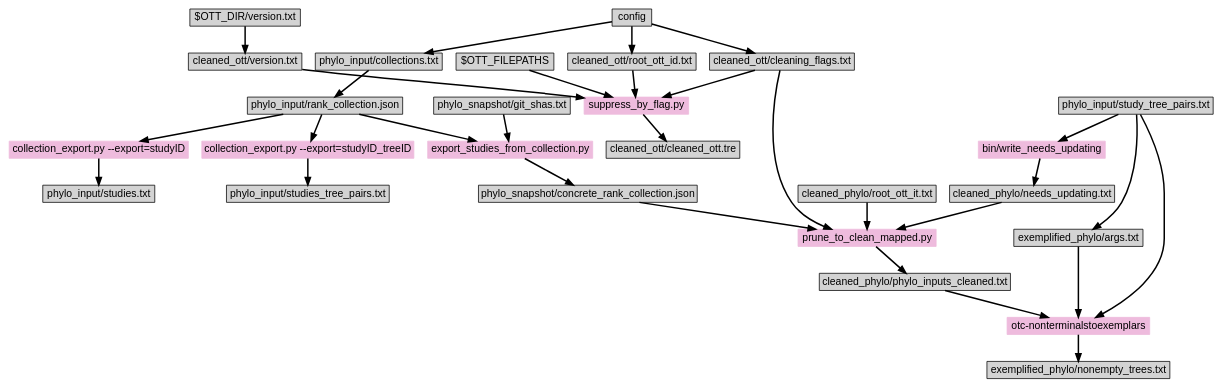
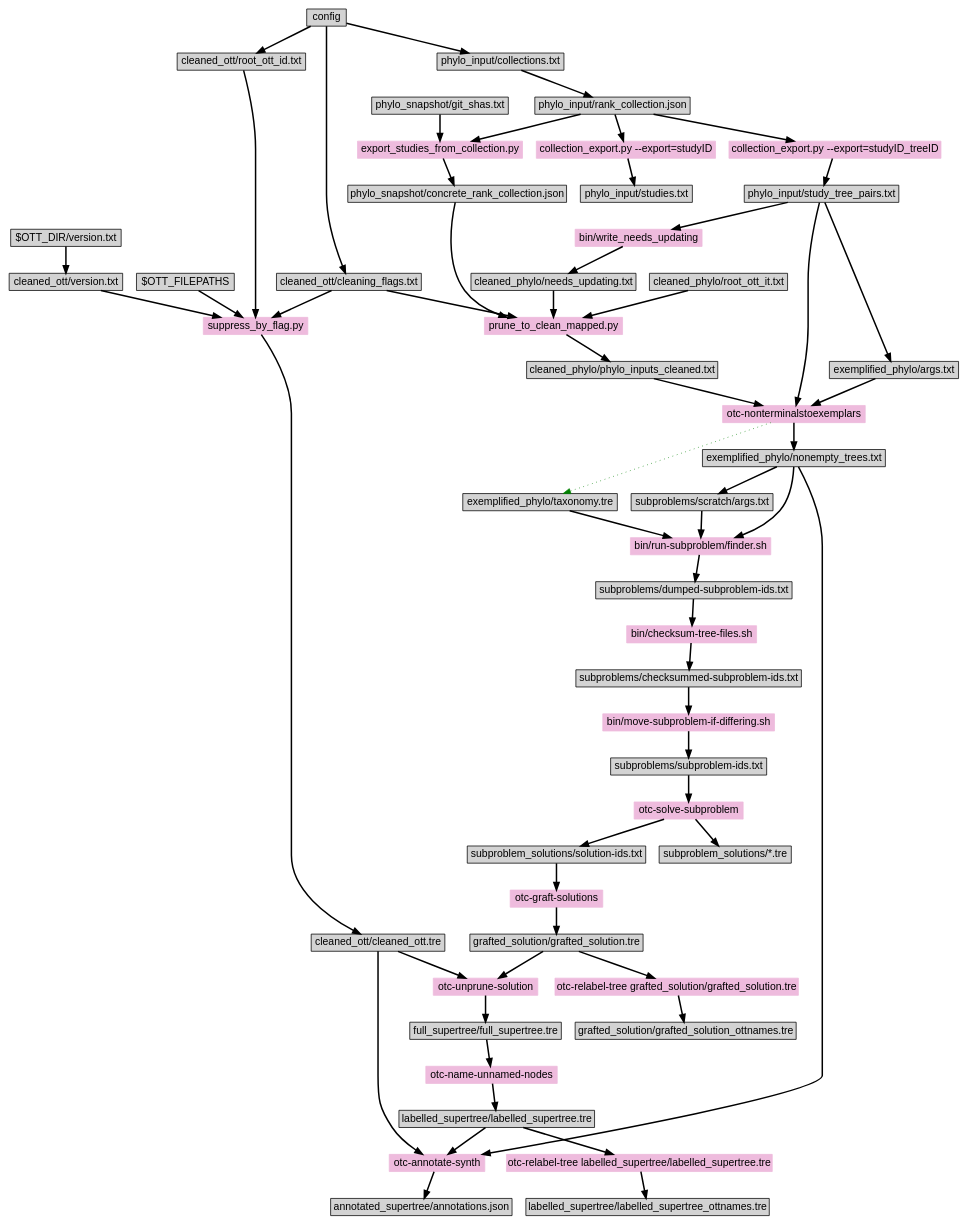
One commit to OpenTreeOfLife/propinquity changed the diagram in doc/dep.dot. Above: the diagram before and after it, drawn with Graphviz.

Commit message:
Fill out dep.dot.

```diff
--- a/doc/dep.dot
+++ b/doc/dep.dot
@@ -1,55 +1,106 @@
 digraph "make" {
 graph [ranksep=0.25, fontname=Arial,  nodesep=0.25, ranksep=0.5];
 node [fontname=Arial, style=filled, height=0, width=0, shape=box];
 edge [style="setlinewidth(2)"];
 
 config -> "cleaned_ott/root_ott_id.txt"
 config -> "cleaned_ott/cleaning_flags.txt"
 "$OTT_DIR/version.txt" -> "cleaned_ott/version.txt"
 
 "phylo_input/study_tree_pairs.txt" -> "exemplified_phylo/args.txt"
 
 "phylo_input/study_tree_pairs.txt" -> "otc-nonterminalstoexemplars"
 "exemplified_phylo/args.txt" -> "otc-nonterminalstoexemplars"
 "cleaned_phylo/phylo_inputs_cleaned.txt" -> "otc-nonterminalstoexemplars"
 "otc-nonterminalstoexemplars" -> "exemplified_phylo/nonempty_trees.txt"
+"otc-nonterminalstoexemplars" -> "exemplified_phylo/taxonomy.tre" [color=green style=dotted]
 "otc-nonterminalstoexemplars"  [style=filled, color="#EEBBDD"]
 
 "$OTT_FILEPATHS" -> "suppress_by_flag.py"
 "cleaned_ott/version.txt" ->  "suppress_by_flag.py"
 "cleaned_ott/cleaning_flags.txt" ->  "suppress_by_flag.py"
 "cleaned_ott/root_ott_id.txt" ->  "suppress_by_flag.py"
 "suppress_by_flag.py" [style=filled, color="#EEBBDD"]
 "suppress_by_flag.py" -> "cleaned_ott/cleaned_ott.tre"
 
 "phylo_input/rank_collection.json" -> "collection_export.py --export=studyID"
 "collection_export.py --export=studyID" -> "phylo_input/studies.txt"
 "collection_export.py --export=studyID" [style=filled, color="#EEBBDD"]
 
 "phylo_input/rank_collection.json" -> "collection_export.py --export=studyID_treeID"
-"collection_export.py --export=studyID_treeID" -> "phylo_input/studies_tree_pairs.txt"
+"collection_export.py --export=studyID_treeID" -> "phylo_input/study_tree_pairs.txt"
 "collection_export.py --export=studyID_treeID" [style=filled, color="#EEBBDD"]
 
 "phylo_snapshot/git_shas.txt"
 
 "phylo_snapshot/git_shas.txt" ->  "export_studies_from_collection.py"
 "phylo_input/rank_collection.json" -> "export_studies_from_collection.py"
 "export_studies_from_collection.py" -> "phylo_snapshot/concrete_rank_collection.json"
 "export_studies_from_collection.py"  [style=filled, color="#EEBBDD"]
 
 "phylo_input/study_tree_pairs.txt" -> "bin/write_needs_updating"
 "bin/write_needs_updating" -> "cleaned_phylo/needs_updating.txt"
 "bin/write_needs_updating"   [style=filled, color="#EEBBDD"]
 
 "cleaned_phylo/needs_updating.txt" -> "prune_to_clean_mapped.py"
 "cleaned_ott/cleaning_flags.txt" -> "prune_to_clean_mapped.py"
 "cleaned_phylo/root_ott_it.txt" -> "prune_to_clean_mapped.py"
 "phylo_snapshot/concrete_rank_collection.json" -> "prune_to_clean_mapped.py"
 "prune_to_clean_mapped.py"  [style=filled, color="#EEBBDD"]
 "prune_to_clean_mapped.py" -> "cleaned_phylo/phylo_inputs_cleaned.txt"
 
 
 config -> "phylo_input/collections.txt"
 "phylo_input/collections.txt" -> "phylo_input/rank_collection.json"
 # here is where we need to depend on whether the collections have changed!
+
+"exemplified_phylo/nonempty_trees.txt" -> "subproblems/scratch/args.txt"
+
+"exemplified_phylo/taxonomy.tre" -> "bin/run-subproblem/finder.sh"
+"subproblems/scratch/args.txt" -> "bin/run-subproblem/finder.sh"
+"exemplified_phylo/nonempty_trees.txt" -> "bin/run-subproblem/finder.sh"
+"bin/run-subproblem/finder.sh" [style=filled, color="#EEBBDD"]
+"bin/run-subproblem/finder.sh" -> "subproblems/dumped-subproblem-ids.txt"
+
+"subproblems/dumped-subproblem-ids.txt" -> "bin/checksum-tree-files.sh" 
+"bin/checksum-tree-files.sh" [style=filled, color="#EEBBDD"]
+"bin/checksum-tree-files.sh" -> "subproblems/checksummed-subproblem-ids.txt"
+
+
+"subproblems/checksummed-subproblem-ids.txt" -> "bin/move-subproblem-if-differing.sh" 
+"bin/move-subproblem-if-differing.sh" [style=filled, color="#EEBBDD"]
+"bin/move-subproblem-if-differing.sh" -> "subproblems/subproblem-ids.txt"
+
+"subproblems/subproblem-ids.txt" -> "otc-solve-subproblem"
+"otc-solve-subproblem" [style=filled, color="#EEBBDD"]
+"otc-solve-subproblem" -> "subproblem_solutions/*.tre"
+"otc-solve-subproblem" -> "subproblem_solutions/solution-ids.txt"
+"subproblem_solutions/solution-ids.txt"
+
+"subproblem_solutions/solution-ids.txt" -> "otc-graft-solutions"
+"otc-graft-solutions" [style=filled, color="#EEBBDD"]
+"otc-graft-solutions" -> "grafted_solution/grafted_solution.tre"
+
+"grafted_solution/grafted_solution.tre" -> "otc-relabel-tree grafted_solution/grafted_solution.tre"
+"otc-relabel-tree grafted_solution/grafted_solution.tre" [style=filled, color="#EEBBDD"]
+"otc-relabel-tree grafted_solution/grafted_solution.tre" -> "grafted_solution/grafted_solution_ottnames.tre"
+
+"cleaned_ott/cleaned_ott.tre" -> "otc-unprune-solution"
+"grafted_solution/grafted_solution.tre" -> "otc-unprune-solution"
+"otc-unprune-solution" [style=filled, color="#EEBBDD"]
+"otc-unprune-solution" -> "full_supertree/full_supertree.tre"
+
+"full_supertree/full_supertree.tre" -> "otc-name-unnamed-nodes"
+"otc-name-unnamed-nodes" [style=filled, color="#EEBBDD"]
+"otc-name-unnamed-nodes" -> "labelled_supertree/labelled_supertree.tre"
+
+"labelled_supertree/labelled_supertree.tre" -> "otc-relabel-tree labelled_supertree/labelled_supertree.tre"
+"otc-relabel-tree labelled_supertree/labelled_supertree.tre" [style=filled, color="#EEBBDD"]
+"otc-relabel-tree labelled_supertree/labelled_supertree.tre" -> "labelled_supertree/labelled_supertree_ottnames.tre"
+
+"cleaned_ott/cleaned_ott.tre" -> "otc-annotate-synth"
+"labelled_supertree/labelled_supertree.tre" -> "otc-annotate-synth"
+"exemplified_phylo/nonempty_trees.txt" -> "otc-annotate-synth"
+"otc-annotate-synth" [style=filled, color="#EEBBDD"]
+"otc-annotate-synth" -> "annotated_supertree/annotations.json"
 }
```
